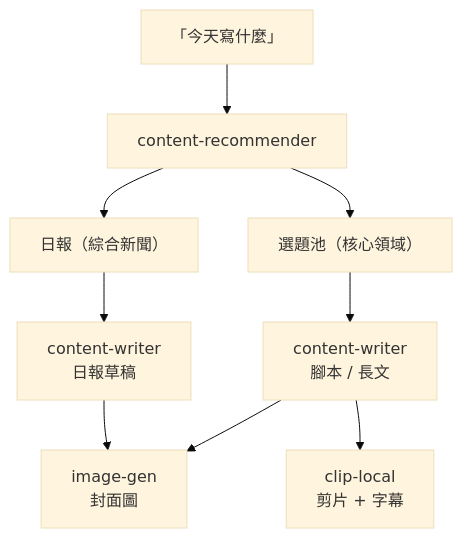
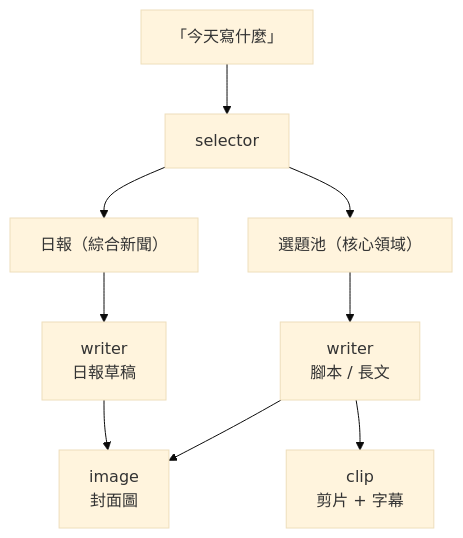
The diagram in README.md (chyyynh/content-skills), drawn with Mermaid (base theme) before and after one commit. The commit also changed other lines of this file and 18 other files, not shown here.

First line of the commit message:
refactor: rename plugins — selector, writer, clip, image

````diff
--- a/README.md
+++ b/README.md
@@ -120,11 +120,11 @@
 ```mermaid
 graph TD
-    A["「今天寫什麼」"] --> B[content-recommender]
+    A["「今天寫什麼」"] --> B[selector]
     B --> C["日報（綜合新聞）"]
     B --> D["選題池（核心領域）"]
-    C --> E[content-writer<br/>日報草稿]
-    D --> F[content-writer<br/>腳本 / 長文]
-    F --> G[clip-local<br/>剪片 + 字幕]
-    E --> H[image-gen<br/>封面圖]
+    C --> E[writer<br/>日報草稿]
+    D --> F[writer<br/>腳本 / 長文]
+    F --> G[clip<br/>剪片 + 字幕]
+    E --> H[image<br/>封面圖]
     F --> H
 ```
````
